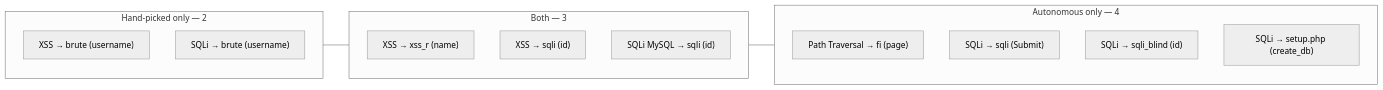
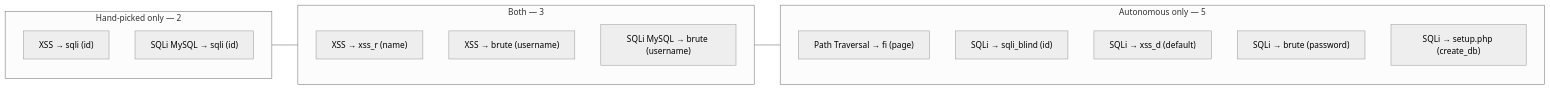
The third of 5 diagrams in docs/deterministic_vs_llm_discovery.md (CodyYang2016/Dast-Scanning-Tool), drawn with Mermaid (neutral theme) before and after one commit. The commit also changed other lines of this file and 2 other files, not shown here.

````diff
--- a/docs/deterministic_vs_llm_discovery.md
+++ b/docs/deterministic_vs_llm_discovery.md
@@ -112,19 +112,20 @@
 ```mermaid
 flowchart LR
   subgraph H["Hand-picked only — 2"]
-    H1["XSS → brute (username)"]
-    H2["SQLi → brute (username)"]
+    H1["XSS → sqli (id)"]
+    H2["SQLi MySQL → sqli (id)"]
   end
   subgraph B["Both — 3"]
     B1["XSS → xss_r (name)"]
-    B2["XSS → sqli (id)"]
-    B3["SQLi MySQL → sqli (id)"]
+    B2["XSS → brute (username)"]
+    B3["SQLi MySQL → brute (username)"]
   end
-  subgraph A["Autonomous only — 4"]
+  subgraph A["Autonomous only — 5"]
     A1["Path Traversal → fi (page)"]
-    A2["SQLi → sqli (Submit)"]
-    A3["SQLi → sqli_blind (id)"]
-    A4["SQLi → setup.php (create_db)"]
+    A2["SQLi → sqli_blind (id)"]
+    A3["SQLi → xss_d (default)"]
+    A4["SQLi → brute (password)"]
+    A5["SQLi → setup.php (create_db)"]
   end
   H --- B --- A
 ```
````
